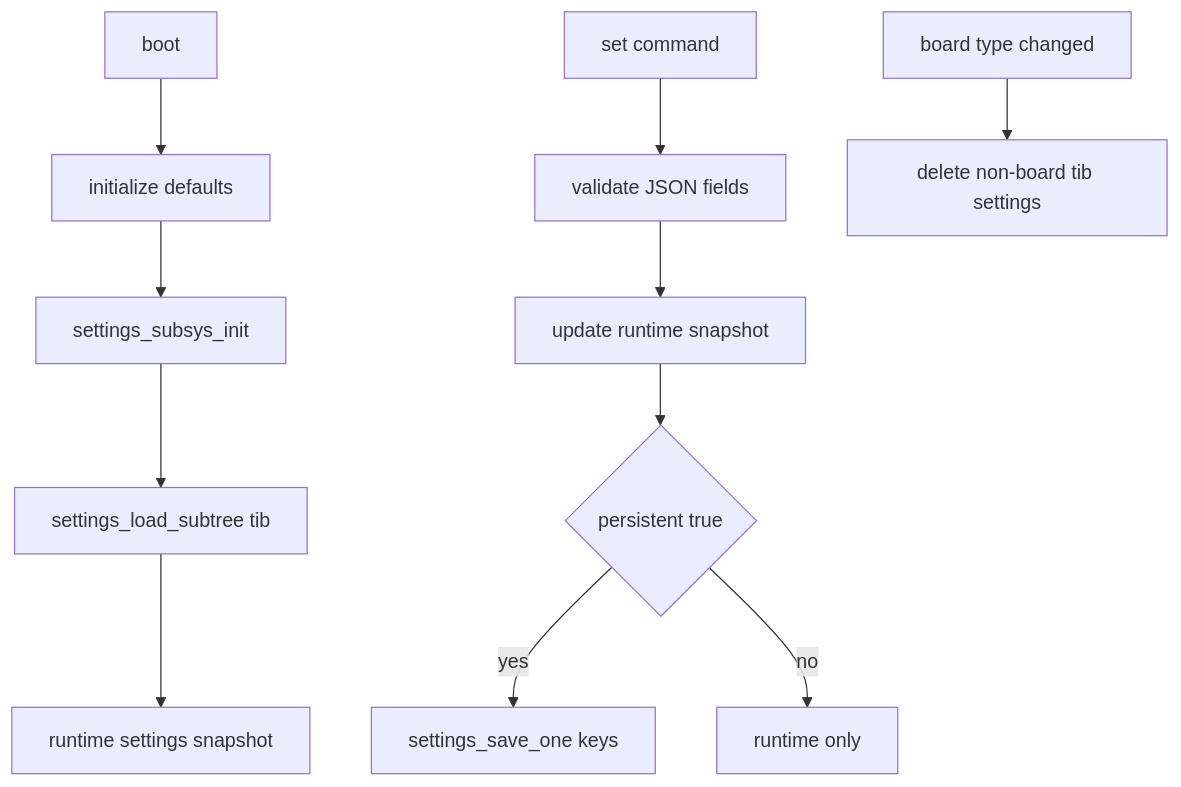
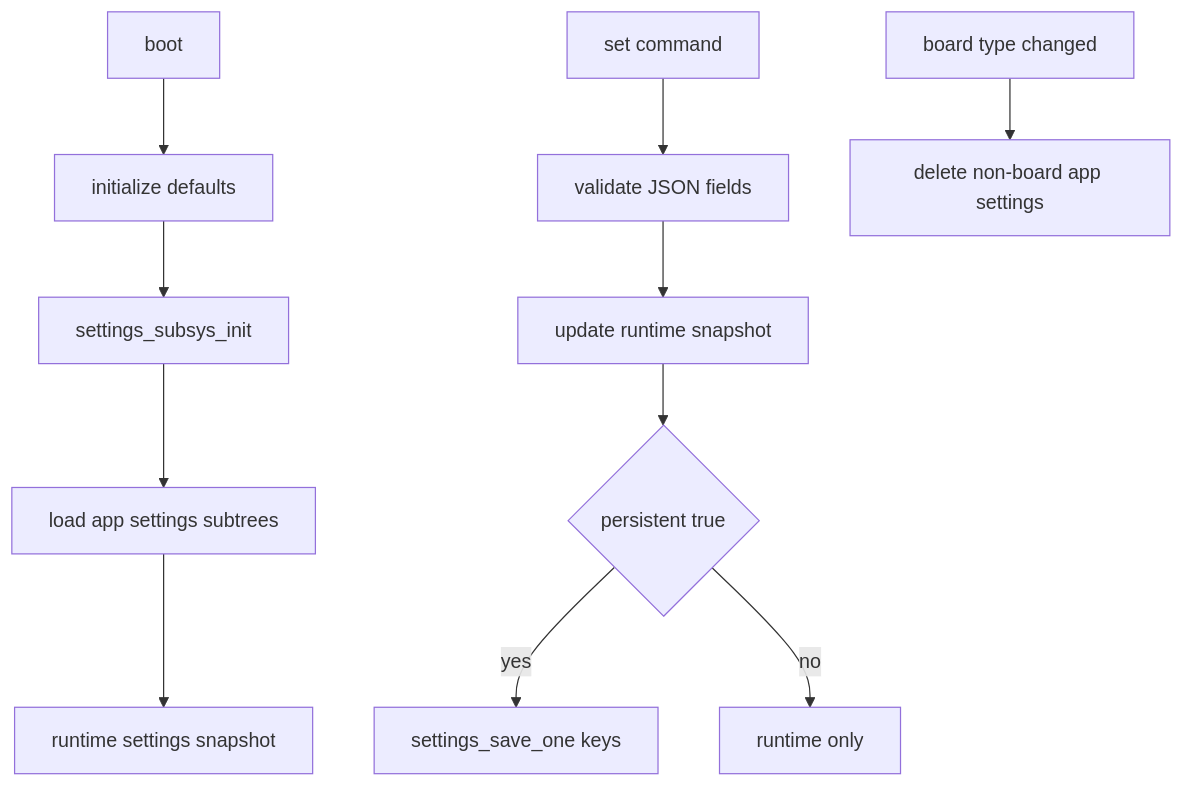
One commit to COO-Utilities/hispec-tib changed diagram 13 of 17 in doc/diagrams.md. Above: the diagram before and after it, drawn with Mermaid. The commit also changed 17 other files, not shown here.

````diff
--- a/doc/diagrams.md
+++ b/doc/diagrams.md
@@ -240,13 +240,13 @@
 ```mermaid
 flowchart TD
   Boot[boot] --> Defaults[initialize defaults]
   Defaults --> Subsys[settings_subsys_init]
-  Subsys --> Load[settings_load_subtree tib]
+  Subsys --> Load[load app settings subtrees]
   Load --> Runtime[runtime settings snapshot]
   Command[set command] --> Parse[validate JSON fields]
   Parse --> Update[update runtime snapshot]
   Update --> Persist{persistent true}
   Persist -- yes --> Save[settings_save_one keys]
   Persist -- no --> Volatile[runtime only]
-  BoardChange[board type changed] --> Clear[delete non-board tib settings]
+  BoardChange[board type changed] --> Clear[delete non-board app settings]
 ```
````
